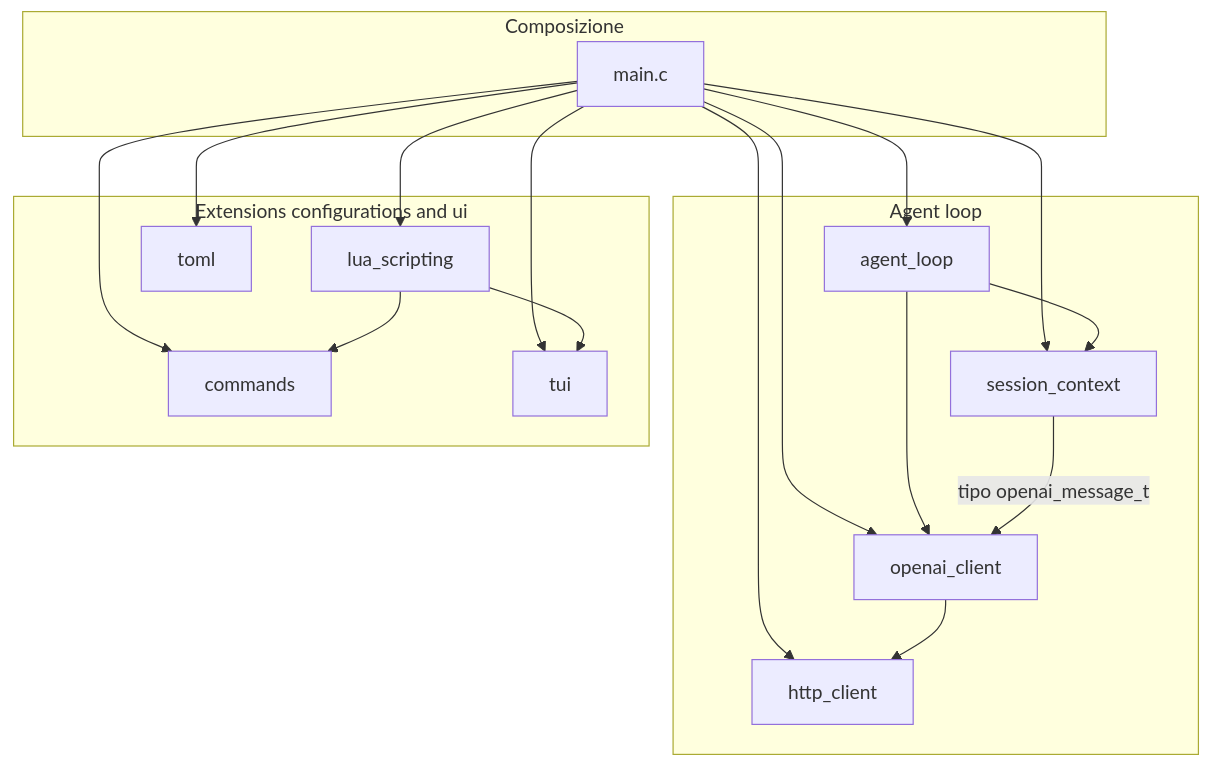
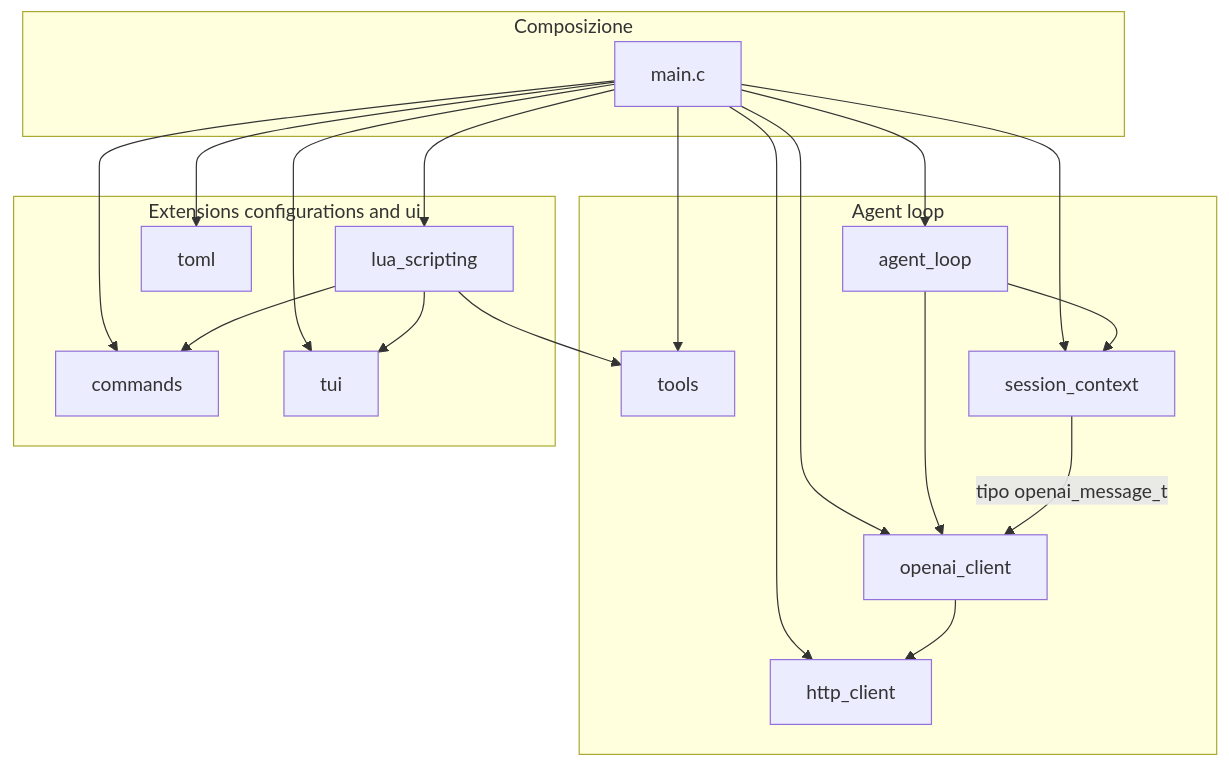
Before and after one commit to ilmich/emma-code: the diagram in doc/architecture.md, drawn with Mermaid. The commit also changed other lines of this file and 28 other files, not shown here.

First line of the commit message:
feat: add OpenAI tool calling with built-in tools and Lua-registered tools

````diff
--- a/doc/architecture.md
+++ b/doc/architecture.md
@@ -12,38 +12,41 @@
 ```mermaid
 graph TD
     subgraph app["Composizione"]
         main[main.c]
     end
 
     subgraph core["Agent loop"]
         agent_loop[agent_loop]
+        tools[tools]
         session_context[session_context]
         openai_client[openai_client]
         http_client[http_client]
     end
 
     subgraph ext["Extensions configurations and ui"]
         commands[commands]
         lua_scripting[lua_scripting]
         tui[tui]
         toml[toml]
     end
 
     main --> agent_loop
     main --> commands
     main --> lua_scripting
+    main --> tools
     main --> tui
     main --> session_context
     main --> openai_client
     main --> toml
     main --> http_client
 
     lua_scripting --> commands
+    lua_scripting --> tools
     lua_scripting --> tui
 
     agent_loop --> openai_client
     agent_loop --> session_context
     session_context -->|tipo openai_message_t| openai_client
 
     openai_client --> http_client
 ```
````
